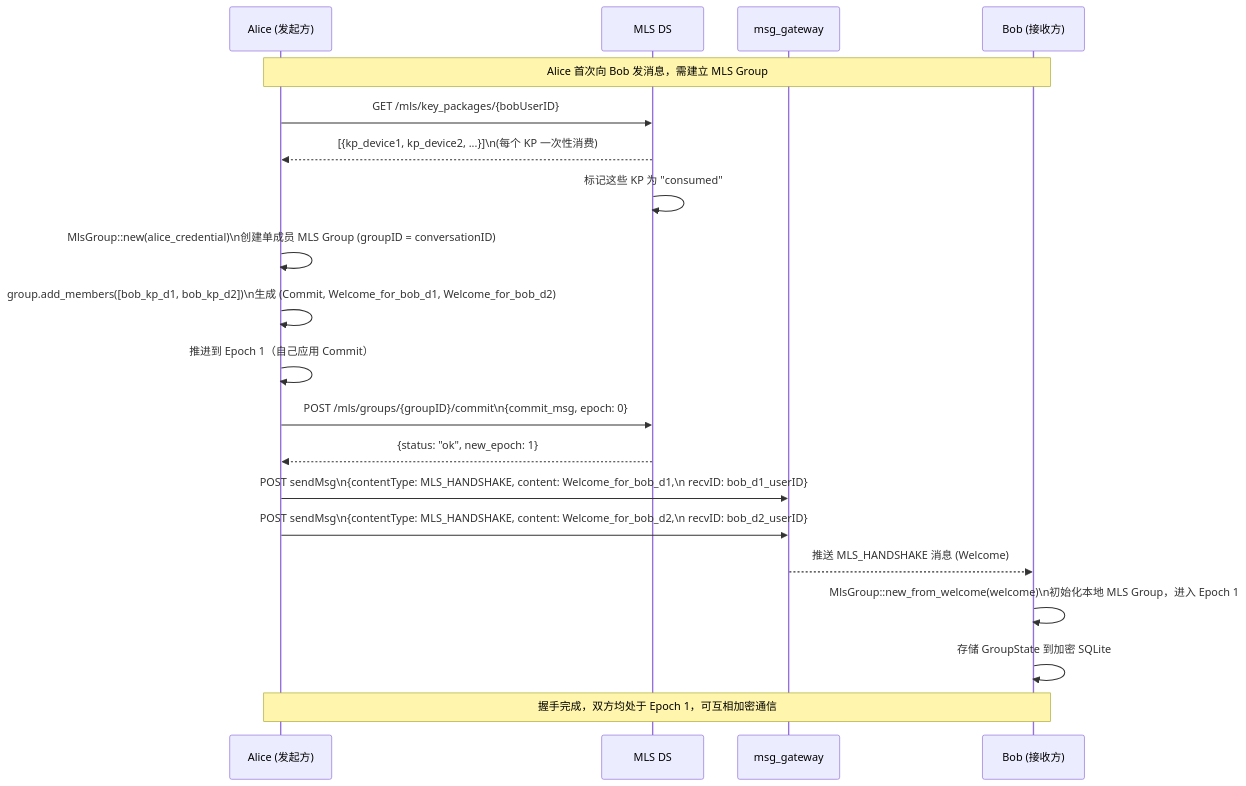
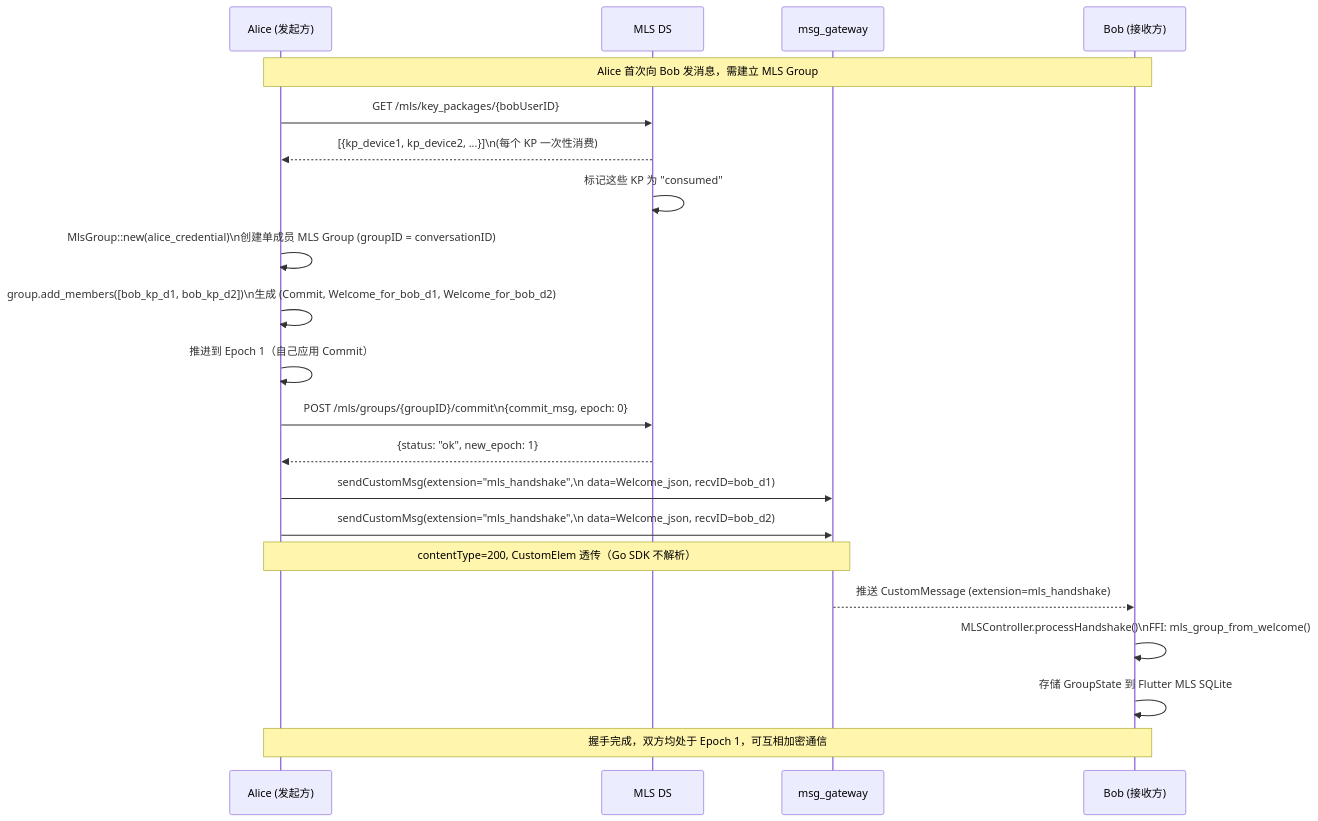
One commit to sok-im/open-im-server-origin changed the second of 9 diagrams in e2ee-openmls-design.md. Above: the diagram before and after it, drawn with Mermaid. The commit also changed other lines of this file and 10 other files, not shown here.

````diff
--- a/e2ee-openmls-design.md
+++ b/e2ee-openmls-design.md
@@ -185,29 +198,30 @@
 ```mermaid
 sequenceDiagram
     participant Alice as Alice (发起方)
     participant DS as MLS DS
     participant GW as msg_gateway
     participant Bob as Bob (接收方)
 
     Note over Alice,Bob: Alice 首次向 Bob 发消息，需建立 MLS Group
 
     Alice->>DS: GET /mls/key_packages/{bobUserID}
     DS-->>Alice: [{kp_device1, kp_device2, ...}]\n(每个 KP 一次性消费)
     DS->>DS: 标记这些 KP 为 "consumed"
 
     Alice->>Alice: MlsGroup::new(alice_credential)\n创建单成员 MLS Group (groupID = conversationID)
     Alice->>Alice: group.add_members([bob_kp_d1, bob_kp_d2])\n生成 (Commit, Welcome_for_bob_d1, Welcome_for_bob_d2)
     Alice->>Alice: 推进到 Epoch 1（自己应用 Commit）
 
     Alice->>DS: POST /mls/groups/{groupID}/commit\n{commit_msg, epoch: 0}
     DS-->>Alice: {status: "ok", new_epoch: 1}
 
-    Alice->>GW: POST sendMsg\n{contentType: MLS_HANDSHAKE, content: Welcome_for_bob_d1,\n recvID: bob_d1_userID}
-    Alice->>GW: POST sendMsg\n{contentType: MLS_HANDSHAKE, content: Welcome_for_bob_d2,\n recvID: bob_d2_userID}
+    Alice->>GW: sendCustomMsg(extension="mls_handshake",\n  data=Welcome_json, recvID=bob_d1)
+    Alice->>GW: sendCustomMsg(extension="mls_handshake",\n  data=Welcome_json, recvID=bob_d2)
+    Note over Alice,GW: contentType=200, CustomElem 透传（Go SDK 不解析）
 
-    GW-->>Bob: 推送 MLS_HANDSHAKE 消息 (Welcome)
-    Bob->>Bob: MlsGroup::new_from_welcome(welcome)\n初始化本地 MLS Group，进入 Epoch 1
-    Bob->>Bob: 存储 GroupState 到加密 SQLite
+    GW-->>Bob: 推送 CustomMessage (extension=mls_handshake)
+    Bob->>Bob: MLSController.processHandshake()\nFFI: mls_group_from_welcome()
+    Bob->>Bob: 存储 GroupState 到 Flutter MLS SQLite
 
     Note over Alice,Bob: 握手完成，双方均处于 Epoch 1，可互相加密通信
 ```
````
